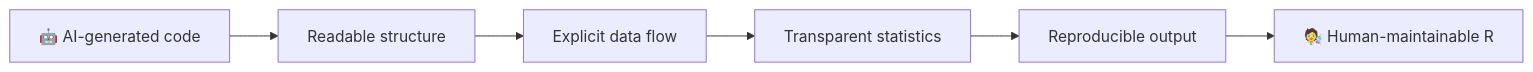
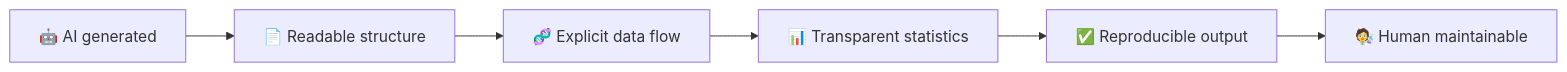
Before and after one commit to apexpeng/write-human-r-code: the first of 2 diagrams in README.md, drawn with Mermaid. The commit also changed other lines of this file, not shown here.

````diff
--- a/README.md
+++ b/README.md
@@ -45,8 +31,8 @@
 ```mermaid
 flowchart LR
-    A["🤖 AI-generated code"] --> B["Readable structure"]
-    B --> C["Explicit data flow"]
-    C --> D["Transparent statistics"]
-    D --> E["Reproducible output"]
-    E --> F["🧑‍🔬 Human-maintainable R"]
+    A["🤖 AI generated"] --> B["📄 Readable structure"]
+    B --> C["🧬 Explicit data flow"]
+    C --> D["📊 Transparent statistics"]
+    D --> E["✅ Reproducible output"]
+    E --> F["🧑‍🔬 Human maintainable"]
 ```
````
